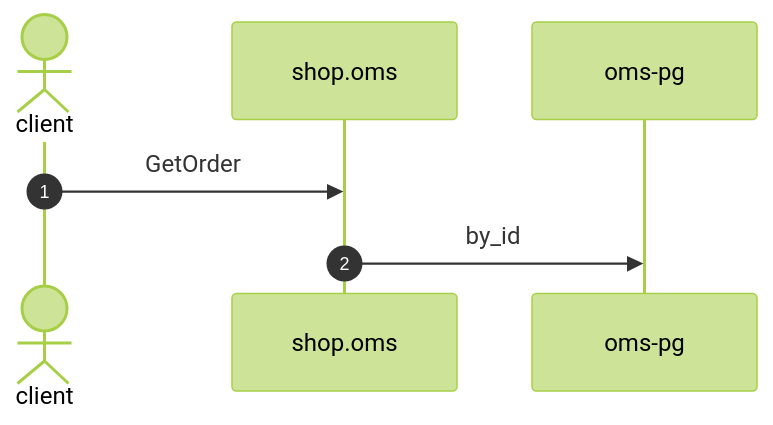
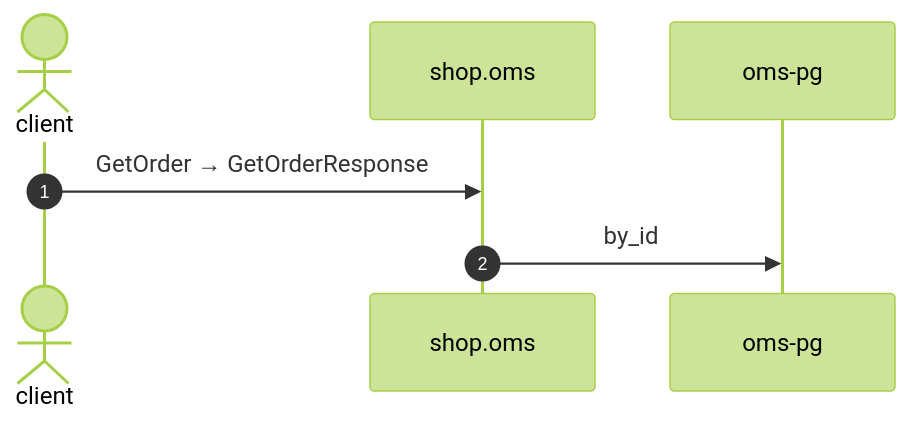
The diagram in docs/flows/oms-get-order.md (shortlink-org/portolan), drawn with Mermaid (forest theme) before and after one commit. The commit also changed other lines of this file and 87 other files, not shown here.

````diff
--- a/docs/flows/oms-get-order.md
+++ b/docs/flows/oms-get-order.md
@@ -21,9 +21,9 @@
 ```mermaid
 sequenceDiagram
     autonumber
     actor p0 as client
     participant p1 as shop.oms
     participant p2 as oms-pg
-    p0->>p1: GetOrder
+    p0->>p1: GetOrder → GetOrderResponse
     p1->>p2: by_id
 ```
````
